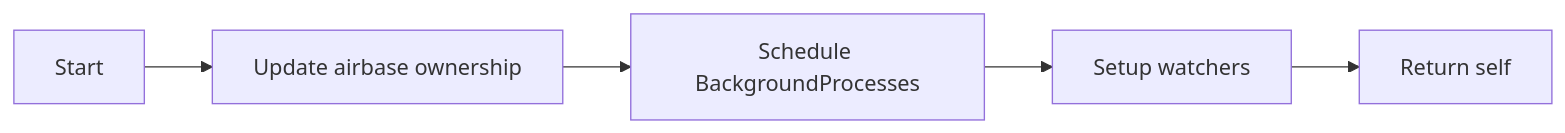
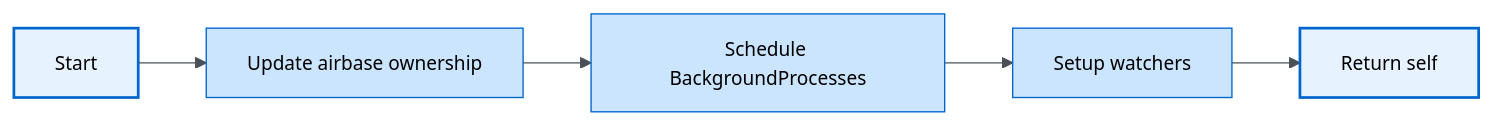
Before and after one commit to Gh0st352/AETHR: the first of 3 diagrams in docs/aethr/startup_and_watchers.md, drawn with Mermaid. The commit also changed other lines of this file and 8 other files, not shown here.

Commit message:
docs: enhance documentation with detailed flowcharts and sequence diagrams for initialization, instance creation, module wiring, user storage, and background processes

````diff
--- a/docs/aethr/startup_and_watchers.md
+++ b/docs/aethr/startup_and_watchers.md
@@ -17,7 +17,16 @@
 ```mermaid
+%%{init: {"theme": "base", "themeVariables": {"primaryColor":"#e6f3ff","primaryBorderColor":"#0066cc","primaryTextColor":"#000","lineColor":"#495057","textColor":"#000","fontSize":"14px"}}}%%
 flowchart LR
   S[Start] --> U[Update airbase ownership]
   U --> SCH[Schedule BackgroundProcesses]
   SCH --> W[Setup watchers]
   W --> RT[Return self]
+
+  %% Styles
+  classDef core fill:#e6f3ff,stroke:#0066cc,stroke-width:2px,color:#000
+  classDef process fill:#cce5ff,stroke:#0066cc,color:#000
+
+  %% Apply classes
+  class S,RT core
+  class U,SCH,W process
 ```
````
